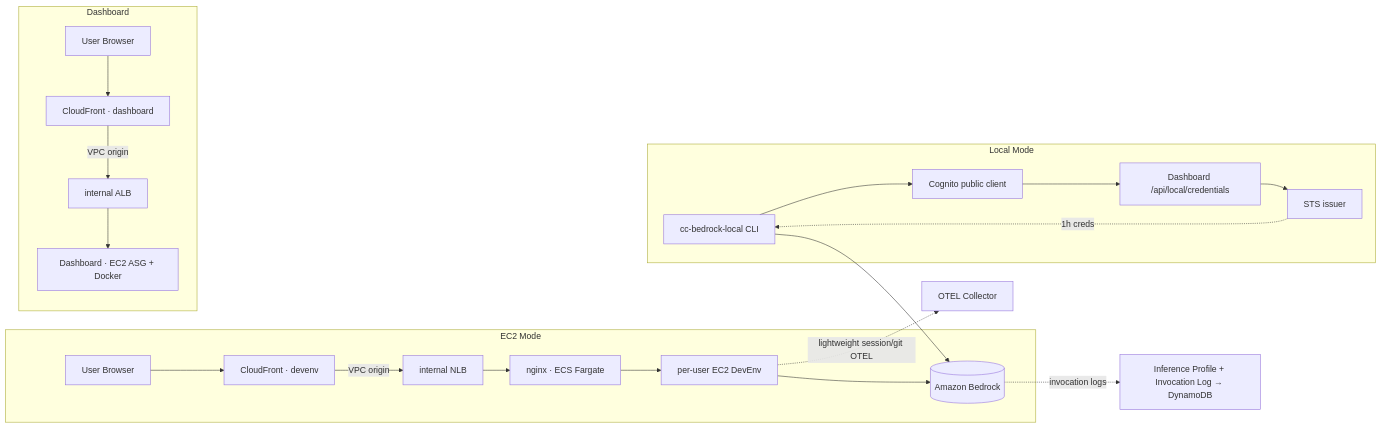
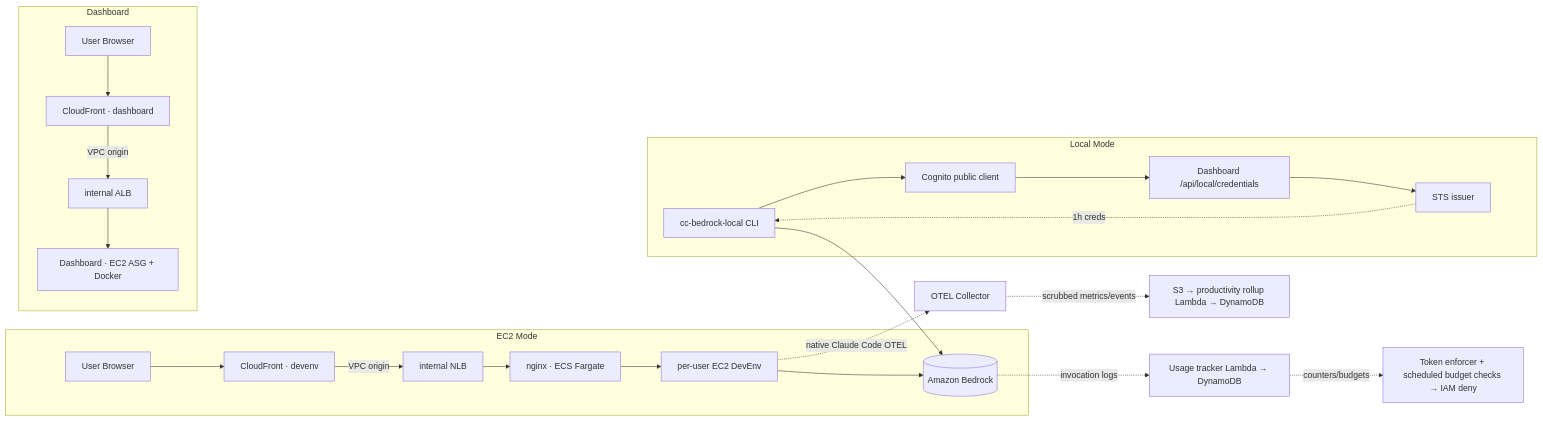
Before and after one commit to Atom-oh/cc-on-bedrock: the diagram in docs/architecture.md, drawn with Mermaid. The commit also changed other lines of this file and 41 other files, not shown here.

````diff
--- a/docs/architecture.md
+++ b/docs/architecture.md
@@ -23,17 +23,19 @@
 ```mermaid
 graph LR
   subgraph EC2 Mode
     U1[User Browser] --> CFd[CloudFront · devenv] -->|VPC origin| NLB[internal NLB] --> NG[nginx · ECS Fargate] --> EC2[per-user EC2 DevEnv]
     EC2 --> BR[(Amazon Bedrock)]
   end
   subgraph Dashboard
     U2[User Browser] --> CFa[CloudFront · dashboard] -->|VPC origin| ALB[internal ALB] --> DASH[Dashboard · EC2 ASG + Docker]
   end
   subgraph Local Mode
     L[cc-bedrock-local CLI] --> CG[Cognito public client] --> API[Dashboard /api/local/credentials] --> STS[STS issuer]
     STS -. 1h creds .-> L
     L --> BR
   end
-  EC2 -. lightweight session/git OTEL .-> OT[OTEL Collector]
-  BR -. invocation logs .-> AGG[Inference Profile + Invocation Log → DynamoDB]
+  EC2 -. native Claude Code OTEL .-> OT[OTEL Collector]
+  OT -. scrubbed metrics/events .-> S3[S3 → productivity rollup Lambda → DynamoDB]
+  BR -. invocation logs .-> AGG[Usage tracker Lambda → DynamoDB]
+  AGG -. counters/budgets .-> DENY[Token enforcer + scheduled budget checks → IAM deny]
 ```
````
